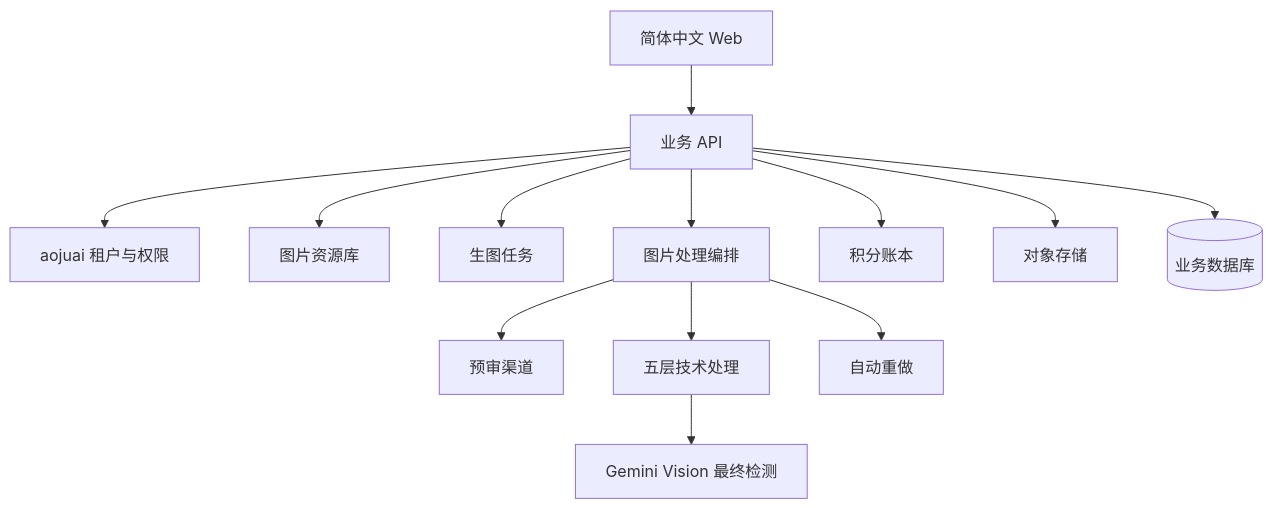
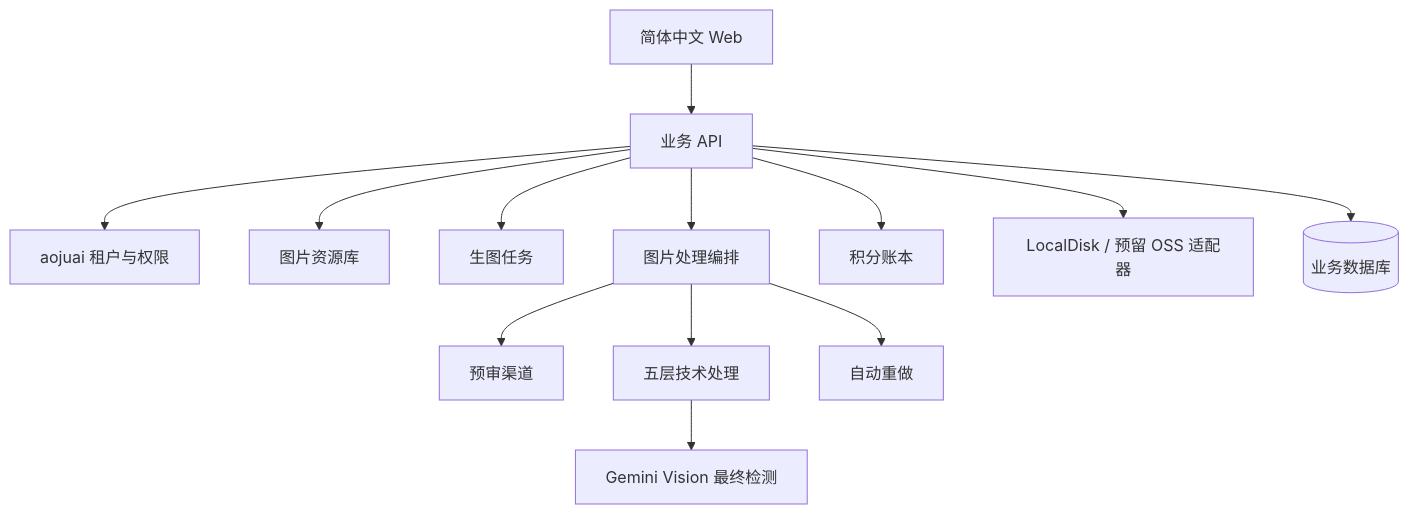
One commit to nancywrayg57-jpg/mihuanyuantu-v2 changed the third of 3 diagrams in docs/蜜獾原图-v2-PRD-v2.0.md. Above: the diagram before and after it, drawn with Mermaid. The commit also changed other lines of this file and 14 other files, not shown here.

First line of the commit message:
Align first-knife logic architecture after grill-me.

````diff
--- a/docs/蜜獾原图-v2-PRD-v2.0.md
+++ b/docs/蜜獾原图-v2-PRD-v2.0.md
@@ -581,15 +583,15 @@
 ```mermaid
 flowchart TB
   UI[简体中文 Web] --> API[业务 API]
   API --> TENANT[aojuai 租户与权限]
   API --> RES[图片资源库]
   API --> GEN[生图任务]
   API --> PROC[图片处理编排]
   PROC --> PRE[预审渠道]
   PROC --> PIPE[五层技术处理]
   PIPE --> VERIFY[Gemini Vision 最终检测]
   PROC --> AR[自动重做]
   API --> LEDGER[积分账本]
-  API --> STORE[对象存储]
+  API --> STORE[LocalDisk / 预留 OSS 适配器]
   API --> DB[(业务数据库)]
 ```
````
